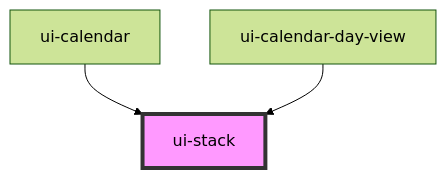
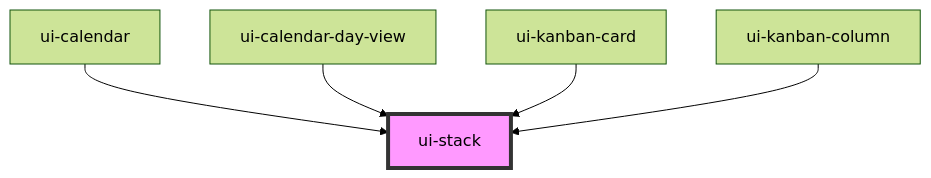
Before and after one commit to danieluxury88/UI-Platform: the diagram in packages/design-system/src/components/layout/ui-stack/readme.md, drawn with Mermaid (forest theme). The commit also changed other lines of this file and 21 other files, not shown here.

````diff
--- a/packages/design-system/src/components/layout/ui-stack/readme.md
+++ b/packages/design-system/src/components/layout/ui-stack/readme.md
@@ -23,6 +25,8 @@
 ```mermaid
 graph TD;
   ui-calendar --> ui-stack
   ui-calendar-day-view --> ui-stack
+  ui-kanban-card --> ui-stack
+  ui-kanban-column --> ui-stack
   style ui-stack fill:#f9f,stroke:#333,stroke-width:4px
 ```
````
